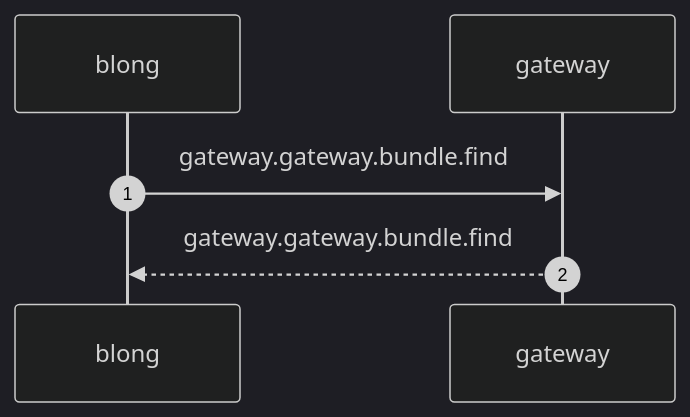
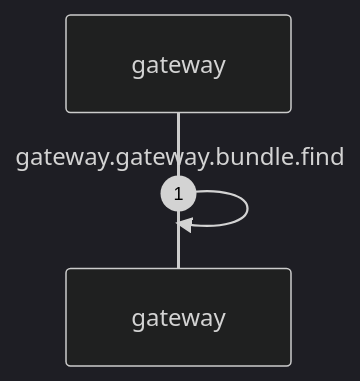
Before and after one commit to feasibleone/blong: the diagram in realm/blong-gateway/docs/observedFlows.md, drawn with Mermaid (dark theme). The commit also changed 50 other files, not shown here.

Commit message:
fix: decouple sequence diagrams from services

````diff
--- a/realm/blong-gateway/docs/observedFlows.md
+++ b/realm/blong-gateway/docs/observedFlows.md
@@ -3,8 +3,6 @@
 ```mermaid
 sequenceDiagram
     autonumber
-    participant blong
     participant gateway
-    blong->>gateway: gateway.gateway.bundle.find
-    gateway-->>blong: gateway.gateway.bundle.find
+    gateway->>gateway: gateway.gateway.bundle.find
 ```
````
